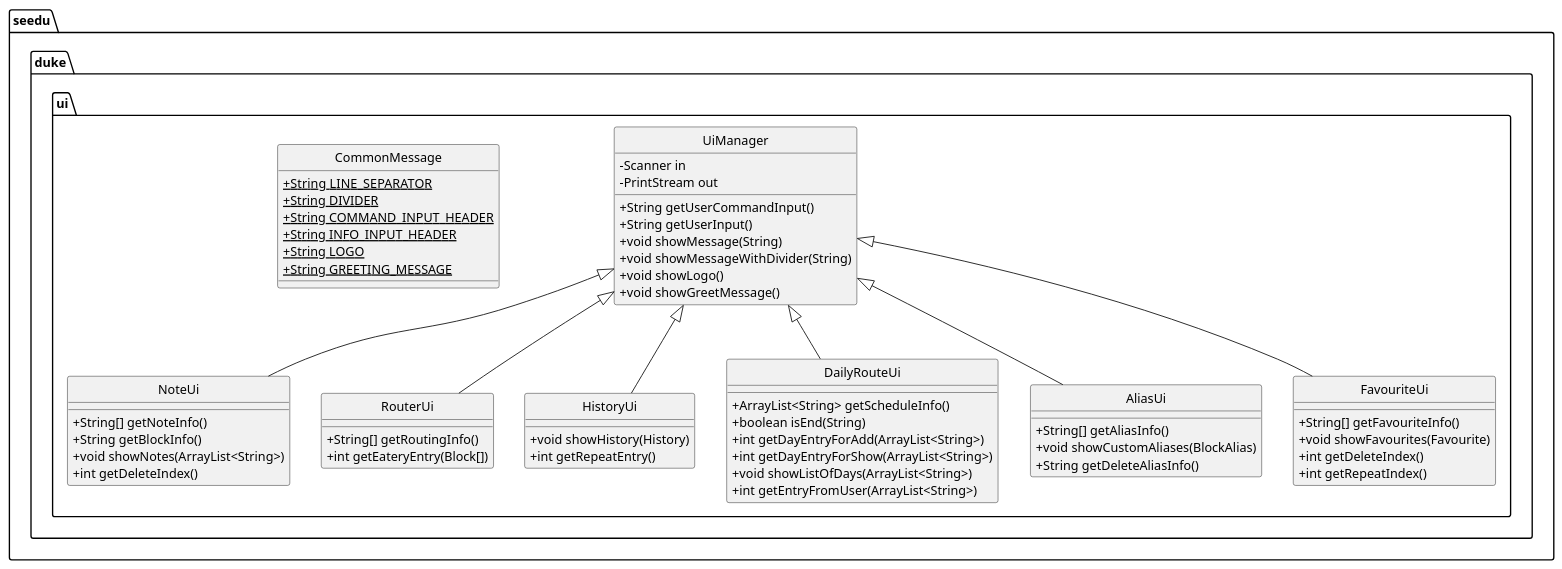
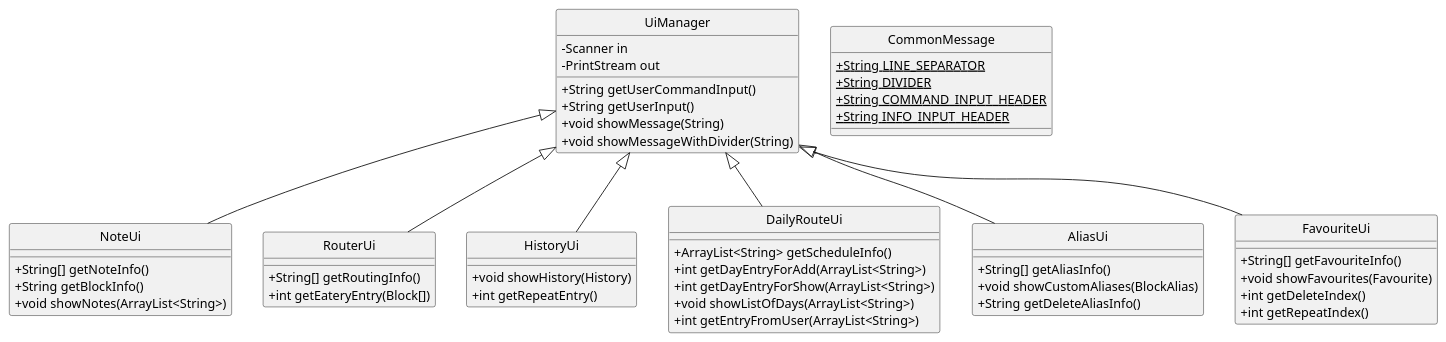
One commit to nus-cs2113-AY2021S2/tp changed the diagram in docs/puml/ui_design.puml. Above: the diagram before and after it, drawn with PlantUML. The commit also changed 6 other files, not shown here.

```diff
--- a/docs/puml/ui_design.puml
+++ b/docs/puml/ui_design.puml
@@ -1,64 +1,58 @@
 @startuml
 hide circle
 skinparam classAttributeIconSize 0
 
-class seedu.duke.ui.NoteUi {
+class NoteUi {
 + String[] getNoteInfo()
 + String getBlockInfo()
 + void showNotes(ArrayList<String>)
-+ int getDeleteIndex()
 }
-class seedu.duke.ui.RouterUi {
+class RouterUi {
 + String[] getRoutingInfo()
 + int getEateryEntry(Block[])
 }
-class seedu.duke.ui.UiManager {
+class UiManager {
 - Scanner in
 - PrintStream out
 + String getUserCommandInput()
 + String getUserInput()
 + void showMessage(String)
 + void showMessageWithDivider(String)
-+ void showLogo()
-+ void showGreetMessage()
 }
-class seedu.duke.ui.HistoryUi {
+class HistoryUi {
 + void showHistory(History)
 + int getRepeatEntry()
 }
-class seedu.duke.ui.CommonMessage {
+class CommonMessage {
 + {static} String LINE_SEPARATOR
 + {static} String DIVIDER
 + {static} String COMMAND_INPUT_HEADER
 + {static} String INFO_INPUT_HEADER
-+ {static} String LOGO
-+ {static} String GREETING_MESSAGE
 }
-class seedu.duke.ui.DailyRouteUi {
+class DailyRouteUi {
 + ArrayList<String> getScheduleInfo()
-+ boolean isEnd(String)
 + int getDayEntryForAdd(ArrayList<String>)
 + int getDayEntryForShow(ArrayList<String>)
 + void showListOfDays(ArrayList<String>)
 + int getEntryFromUser(ArrayList<String>)
 }
-class seedu.duke.ui.AliasUi {
+class AliasUi {
 + String[] getAliasInfo()
 + void showCustomAliases(BlockAlias)
 + String getDeleteAliasInfo()
 }
-class seedu.duke.ui.FavouriteUi {
+class FavouriteUi {
 + String[] getFavouriteInfo()
 + void showFavourites(Favourite)
 + int getDeleteIndex()
 + int getRepeatIndex()
 }
 
 
-seedu.duke.ui.UiManager <|-- seedu.duke.ui.NoteUi
-seedu.duke.ui.UiManager <|-- seedu.duke.ui.RouterUi
-seedu.duke.ui.UiManager <|-- seedu.duke.ui.HistoryUi
-seedu.duke.ui.UiManager <|-- seedu.duke.ui.DailyRouteUi
-seedu.duke.ui.UiManager <|-- seedu.duke.ui.AliasUi
-seedu.duke.ui.UiManager <|-- seedu.duke.ui.FavouriteUi
+UiManager <|-- NoteUi
+UiManager <|-- RouterUi
+UiManager <|-- HistoryUi
+UiManager <|-- DailyRouteUi
+UiManager <|-- AliasUi
+UiManager <|-- FavouriteUi
 @enduml
```
